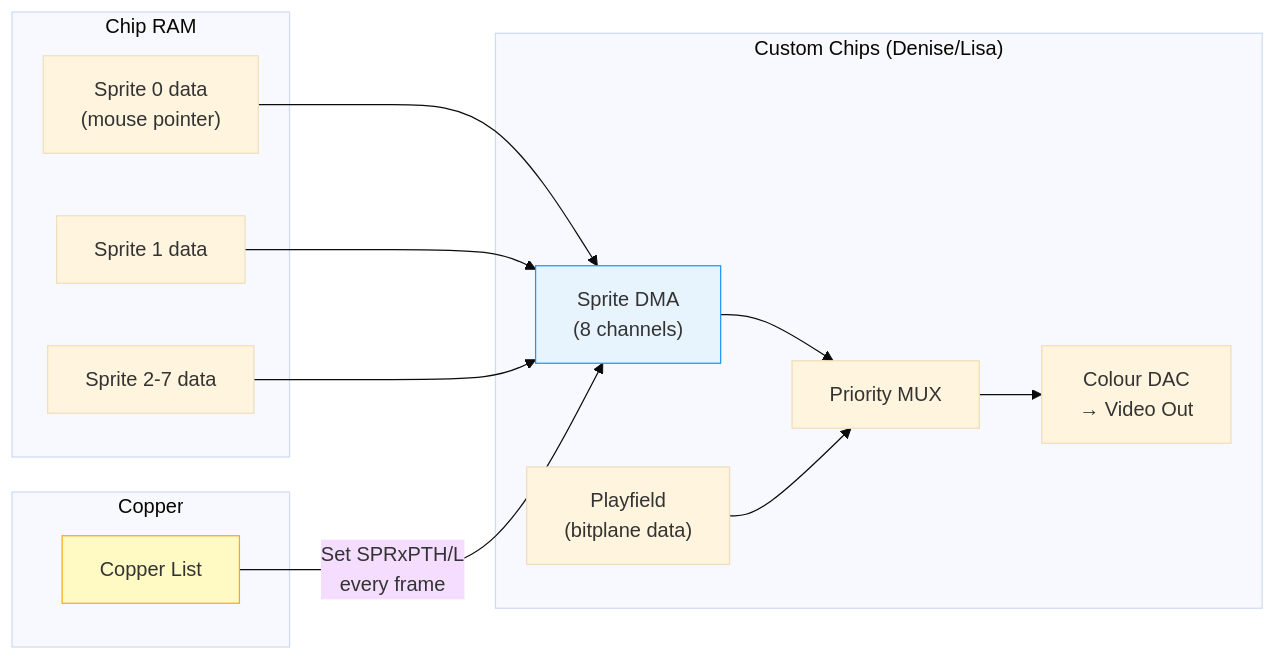
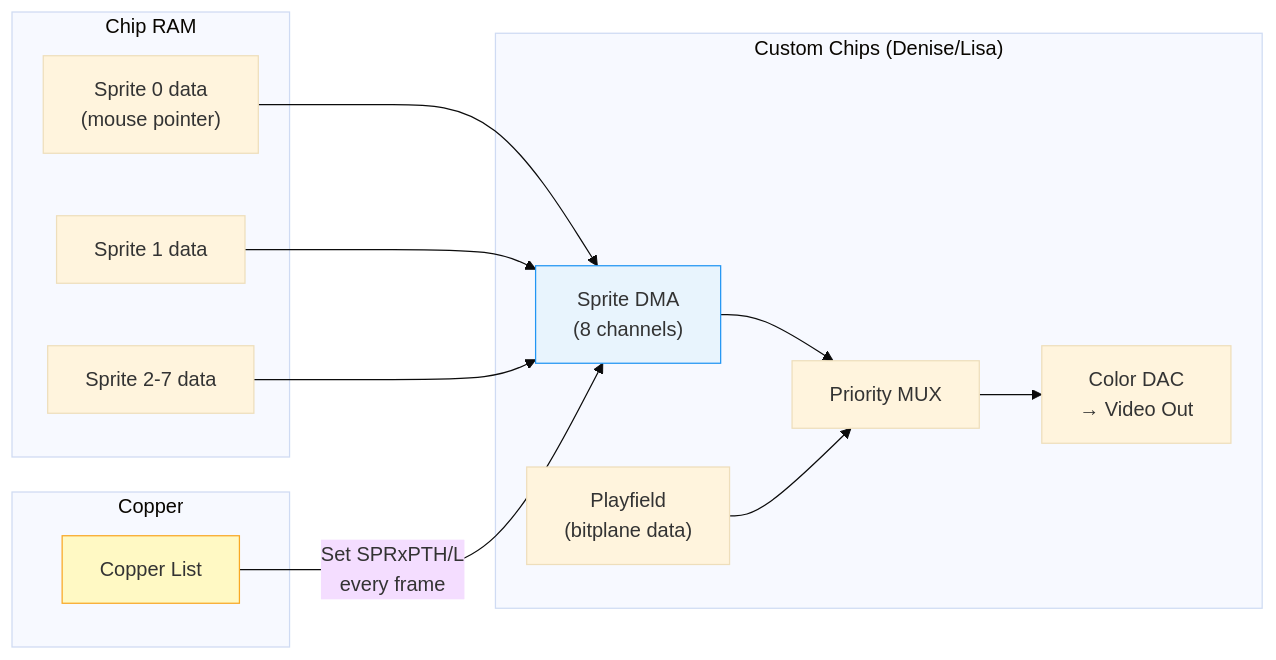
The first of 4 diagrams in 08_graphics/sprites.md (alfishe/amiga-bootcamp), drawn with Mermaid (base theme) before and after one commit. The commit also changed other lines of this file and 89 other files, not shown here.

````diff
--- a/08_graphics/sprites.md
+++ b/08_graphics/sprites.md
@@ -11,25 +11,25 @@
 ```mermaid
 flowchart LR
     subgraph "Chip RAM"
         SD0["Sprite 0 data<br/>(mouse pointer)"]
         SD1["Sprite 1 data"]
         SD2["Sprite 2-7 data"]
     end
 
     subgraph "Custom Chips (Denise/Lisa)"
         DMA["Sprite DMA<br/>(8 channels)"] --> MUX["Priority MUX"]
         PF["Playfield<br/>(bitplane data)"] --> MUX
-        MUX --> DAC["Colour DAC<br/>→ Video Out"]
+        MUX --> DAC["Color DAC<br/>→ Video Out"]
     end
 
     SD0 --> DMA
     SD1 --> DMA
     SD2 --> DMA
 
     subgraph "Copper"
         COP["Copper List"] -->|"Set SPRxPTH/L<br/>every frame"| DMA
     end
 
     style DMA fill:#e8f4fd,stroke:#2196f3,color:#333
     style COP fill:#fff9c4,stroke:#f9a825,color:#333
 ```
````
